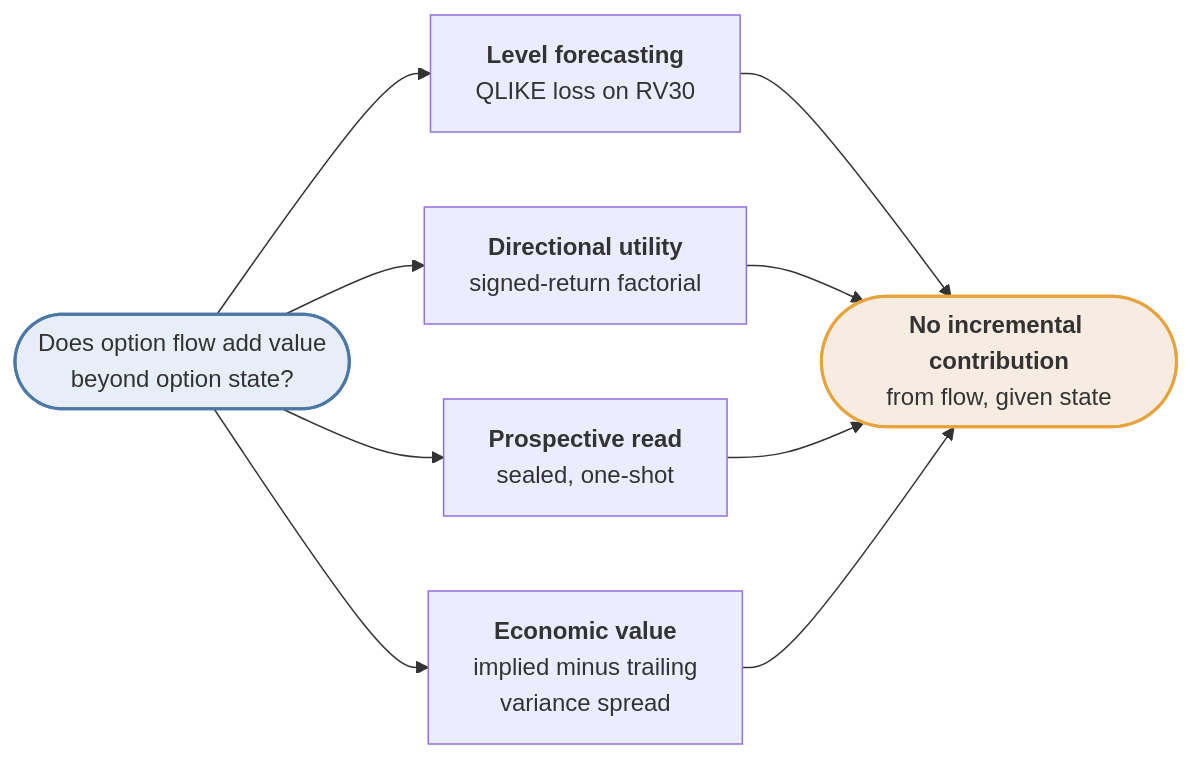
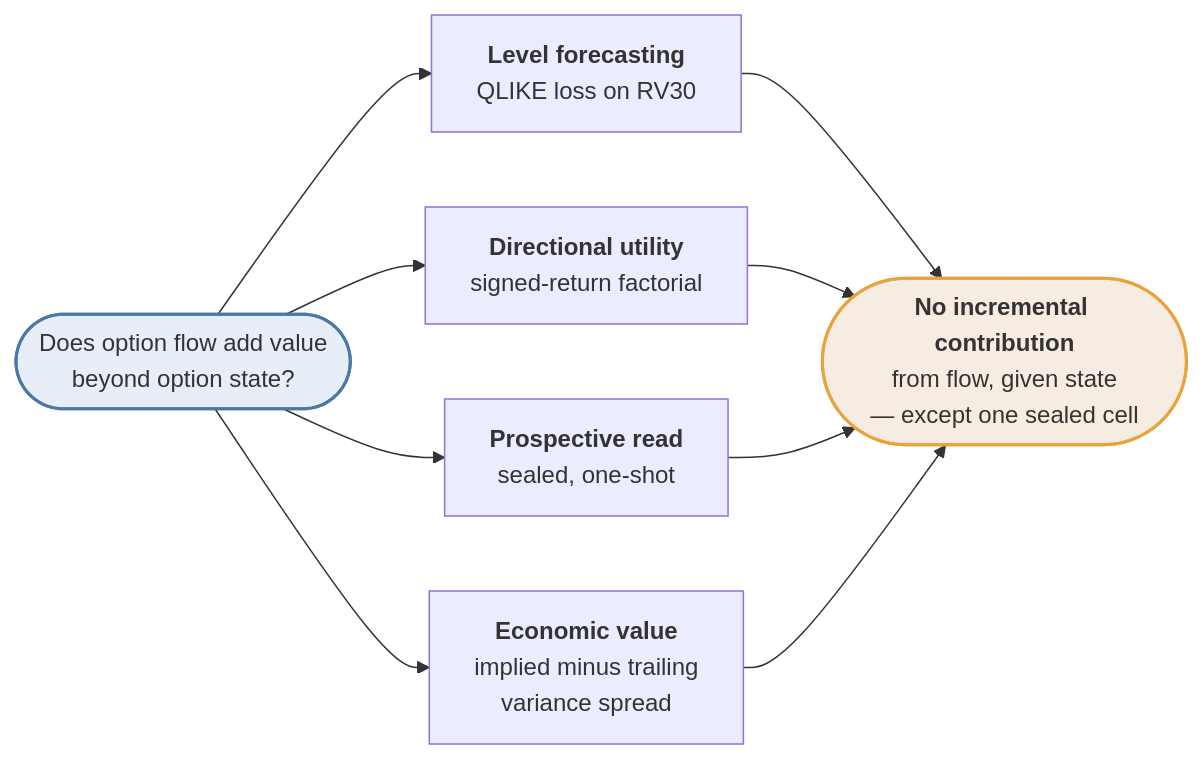
One commit to mguerrero896/does-option-flow-predict-volatility changed the first of 2 diagrams in README.md. Above: the diagram before and after it, drawn with Mermaid. The commit also changed other lines of this file and 19 other files, not shown here.

First line of the commit message:
Retract the front page's own answer, and make the figure readable (#40)

````diff
--- a/README.md
+++ b/README.md
@@ -49,17 +62,17 @@
 ```mermaid
 flowchart LR
     Q(["Does option flow add value<br/>beyond option state?"])
 
     Q --> I1["<b>Level forecasting</b><br/>QLIKE loss on RV30"]
     Q --> I2["<b>Directional utility</b><br/>signed-return factorial"]
     Q --> I3["<b>Prospective read</b><br/>sealed, one-shot"]
     Q --> I4["<b>Economic value</b><br/>implied minus trailing<br/>variance spread"]
 
-    I1 --> A(["<b>No incremental contribution</b><br/>from flow, given state"])
+    I1 --> A(["<b>No incremental contribution</b><br/>from flow, given state<br/>— except one sealed cell"])
     I2 --> A
     I3 --> A
     I4 --> A
 
     style Q fill:#e8eef7,stroke:#4c78a8,stroke-width:2px
     style A fill:#f7ece1,stroke:#e8a33d,stroke-width:2px
 ```
````
